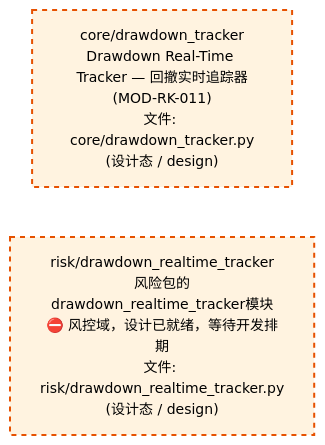
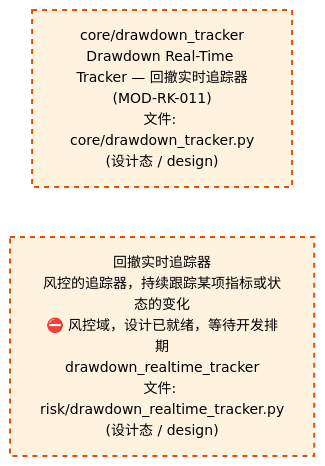
The third of 4 diagrams in docs/02_enterprise_architecture/02_domain_architecture_docs/65_d_risk.md (xuanFelixVan/ZephyrAlpha), drawn with Mermaid before and after one commit. The commit also changed other lines of this file and 54 other files, not shown here.

````diff
--- a/docs/02_enterprise_architecture/02_domain_architecture_docs/65_d_risk.md
+++ b/docs/02_enterprise_architecture/02_domain_architecture_docs/65_d_risk.md
@@ -235,12 +235,12 @@
 ```mermaid
 %%{init: {'theme': 'base', 'themeVariables': {'primaryColor': '#eaeaea', 'primaryTextColor': '#333333', 'primaryBorderColor': '#666666', 'lineColor': '#666666', 'secondaryColor': '#eaeaea', 'tertiaryColor': '#eaeaea', 'fontSize': '14px'}}}%%
 flowchart TD
     src_zephyr_risk_core_drawdown_tracker_py["core/drawdown_tracker<br/>Drawdown Real-Time Tracker — 回撤实时追踪器<br/>(MOD-RK-011)<br/>文件: core/drawdown_tracker.py<br/>(设计态 / design)"]
-    src_zephyr_risk_drawdown_realtime_tracker_py["risk/drawdown_realtime_tracker<br/>风险包的drawdown_realtime_tracker模块<br/>⛔ 风控域，设计已就绪，等待开发排期<br/>文件: risk/drawdown_realtime_tracker.py<br/>(设计态 / design)"]
+    src_zephyr_risk_drawdown_realtime_tracker_py["回撤实时追踪器<br/>风控的追踪器，持续跟踪某项指标或状态的变化<br/>⛔ 风控域，设计已就绪，等待开发排期<br/>drawdown_realtime_tracker<br/>文件: risk/drawdown_realtime_tracker.py<br/>(设计态 / design)"]
     src_zephyr_risk_core_drawdown_tracker_py ~~~ src_zephyr_risk_drawdown_realtime_tracker_py
     classDef production fill:#e1f5fe,stroke:#01579b,stroke-width:2px,color:#000
     classDef design fill:#fff3e0,stroke:#e65100,stroke-width:2px,color:#000,stroke-dasharray: 5 5
     classDef external_prod fill:#e8f4fd,stroke:#0277bd,stroke-width:1px,color:#000
     classDef external_design fill:#fff8e7,stroke:#ef6c00,stroke-width:1px,color:#000,stroke-dasharray: 5 5
     class src_zephyr_risk_core_drawdown_tracker_py,src_zephyr_risk_drawdown_realtime_tracker_py design
 ```
````
